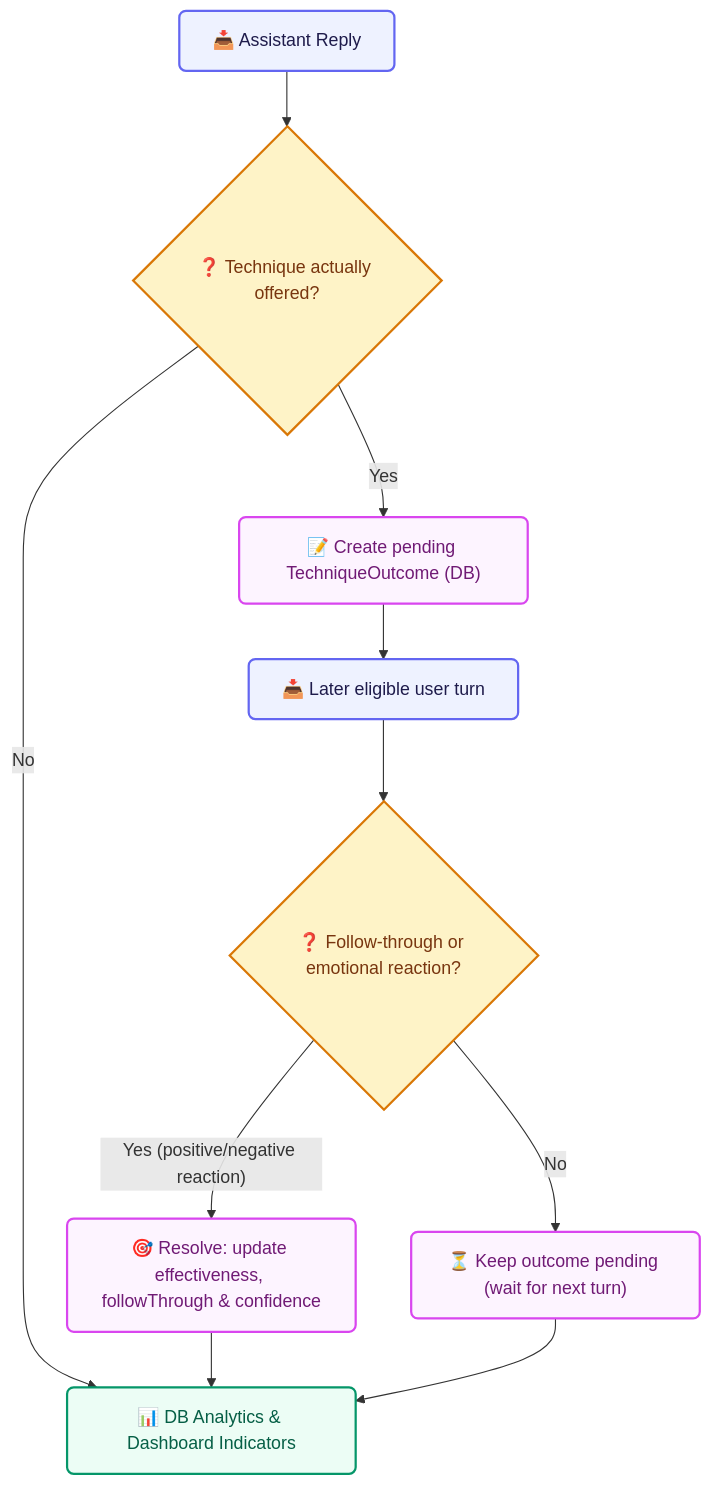
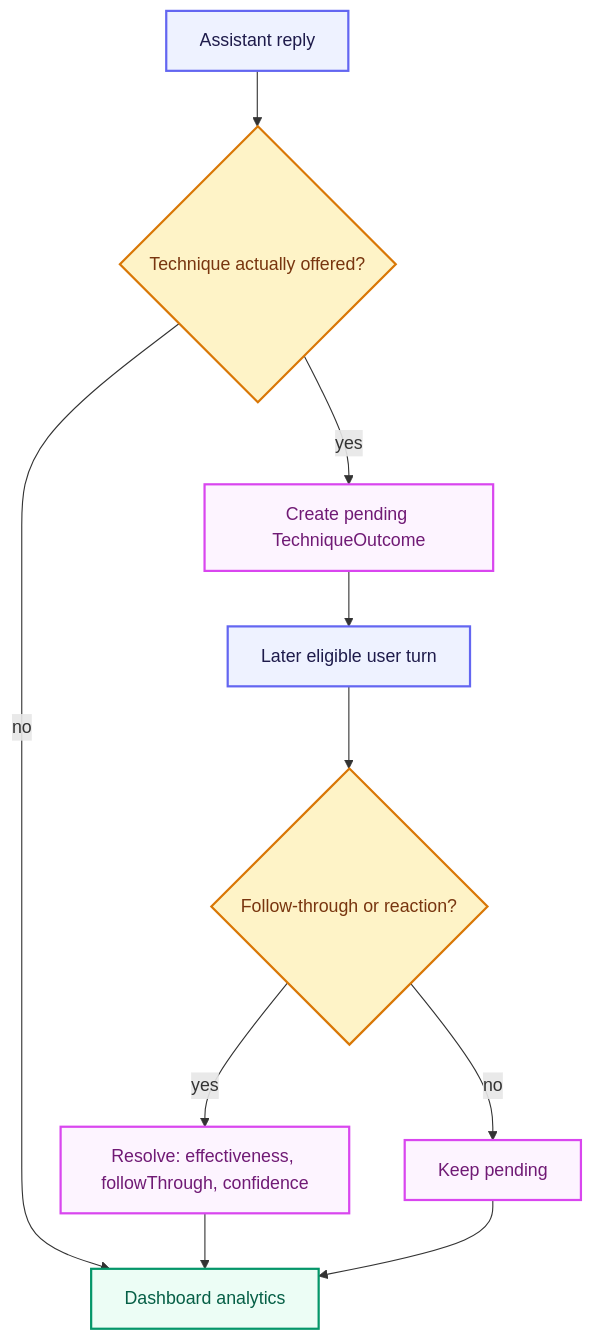
The tenth of 20 diagrams in README.md (taha-mehmood-03/Personlaized-Trainer-Using-Agentic-AI), drawn with Mermaid before and after one commit. The commit also changed other lines of this file, not shown here.

````diff
--- a/README.md
+++ b/README.md
@@ -936,27 +786,22 @@
 ```mermaid
 flowchart TD
-    %% Class Definitions
-    classDef input fill:#EEF2FF,stroke:#6366F1,stroke-width:2px,color:#1E1B4B,rx:6px,ry:6px;
+    classDef input fill:#EEF2FF,stroke:#6366F1,stroke-width:2px,color:#1E1B4B;
     classDef decision fill:#FEF3C7,stroke:#D97706,stroke-width:2px,color:#78350F;
-    classDef node fill:#FDF4FF,stroke:#D946EF,stroke-width:2px,color:#701A75,rx:6px,ry:6px;
-    classDef output fill:#ECFDF5,stroke:#059669,stroke-width:2px,color:#065F46,rx:6px,ry:6px;
+    classDef node fill:#FDF4FF,stroke:#D946EF,stroke-width:2px,color:#701A75;
+    classDef output fill:#ECFDF5,stroke:#059669,stroke-width:2px,color:#065F46;
 
-    AssistantReply["📥 Assistant Reply"]:::input
-    TechniqueOffered{"❓ Technique actually offered?"}:::decision
-    Pending["📝 Create pending TechniqueOutcome (DB)"]:::node
-    LaterTurn["📥 Later eligible user turn"]:::input
-    Evidence{"❓ Follow-through or emotional reaction?"}:::decision
-    Resolve["🎯 Resolve: update effectiveness, followThrough & confidence"]:::node
-    KeepPending["⏳ Keep outcome pending (wait for next turn)"]:::node
-    Analytics["📊 DB Analytics & Dashboard Indicators"]:::output
+    AssistantReply["Assistant reply"]:::input
+    TechniqueOffered{"Technique actually offered?"}:::decision
+    Pending["Create pending TechniqueOutcome"]:::node
+    LaterTurn["Later eligible user turn"]:::input
+    Evidence{"Follow-through or reaction?"}:::decision
+    Resolve["Resolve: effectiveness, followThrough, confidence"]:::node
+    KeepPending["Keep pending"]:::node
+    Analytics["Dashboard analytics"]:::output
 
     AssistantReply --> TechniqueOffered
-    TechniqueOffered -- Yes --> Pending
-    TechniqueOffered -- No --> Analytics
-    Pending --> LaterTurn
-    LaterTurn --> Evidence
-    Evidence -- Yes (positive/negative reaction) --> Resolve
-    Evidence -- No --> KeepPending
-    Resolve --> Analytics
-    KeepPending --> Analytics
+    TechniqueOffered -- yes --> Pending --> LaterTurn --> Evidence
+    TechniqueOffered -- no --> Analytics
+    Evidence -- yes --> Resolve --> Analytics
+    Evidence -- no --> KeepPending --> Analytics
 ```
````
